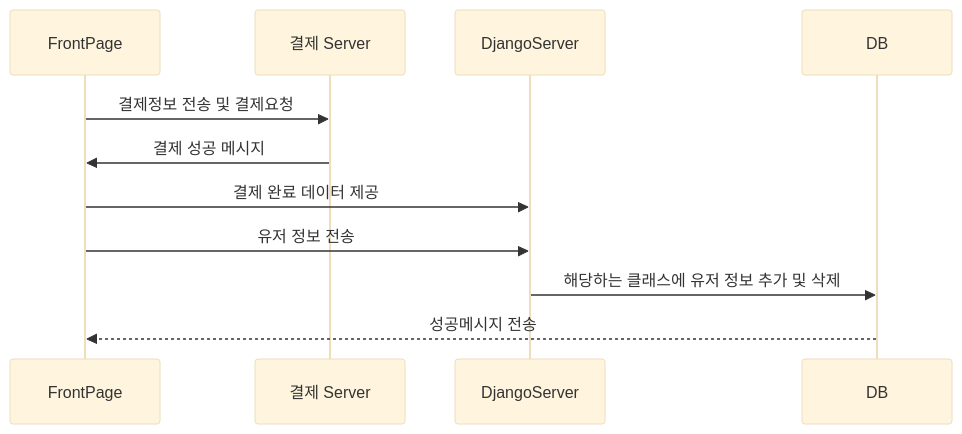
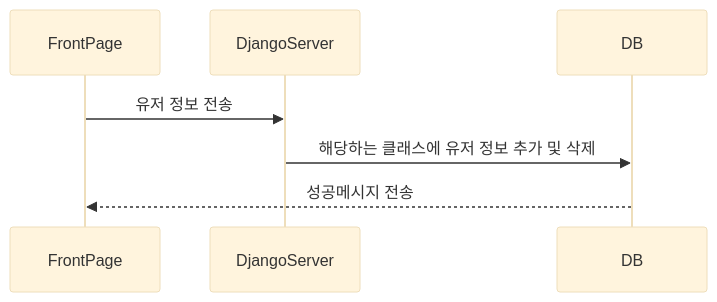
One commit to hyejiny/camfit changed the sixth of 7 diagrams in 기획/기능별 시퀀스다이어그램.md. Above: the diagram before and after it, drawn with Mermaid (base theme). The commit also changed other lines of this file and 23 other files, not shown here.

Commit message:
0408 modify squence diagram

````diff
--- a/기획/기능별 시퀀스다이어그램.md
+++ b/기획/기능별 시퀀스다이어그램.md
@@ -142,13 +101,9 @@
 ```mermaid
 sequenceDiagram
 
-
-FrontPage ->> 결제 Server : 결제정보 전송 및 결제요청
-결제 Server ->> FrontPage : 결제 성공 메시지
-FrontPage ->> DjangoServer : 결제 완료 데이터 제공
 FrontPage ->> DjangoServer : 유저 정보 전송
 DjangoServer ->> DB : 해당하는 클래스에 유저 정보 추가 및 삭제
 DB -->> FrontPage : 성공메시지 전송
 
 
 ```
````
